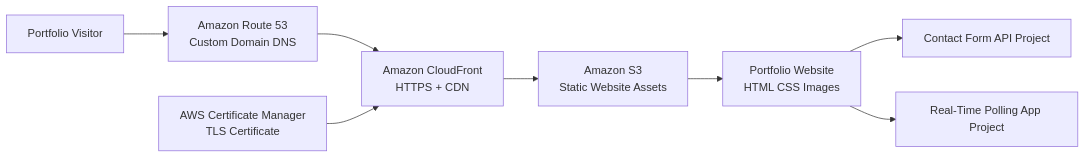
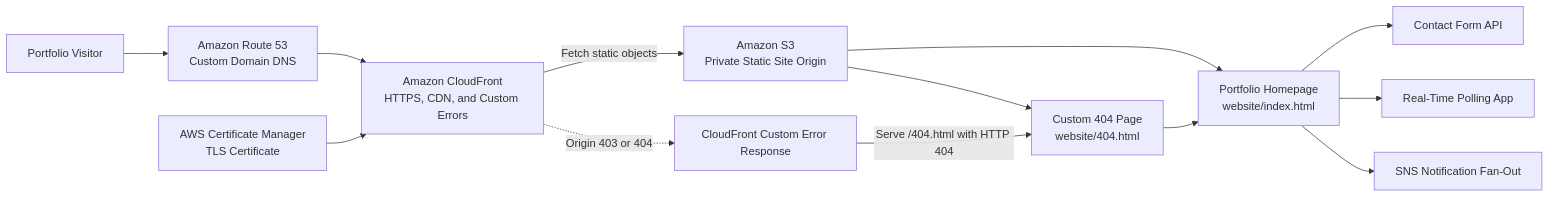
Before and after one commit to CelebornMcGinnis/AWS-Certified-Solutions-Architect-Associate-Project-Portfolio: the diagram in docs/architecture/portfolio-site.mmd, drawn with Mermaid. The commit also changed 26 other files, not shown here.

First line of the commit message:
Update portfolio site and add SNS fan-out project

```diff
--- a/docs/architecture/portfolio-site.mmd
+++ b/docs/architecture/portfolio-site.mmd
@@ -1,17 +1,24 @@
 flowchart LR
-    User[Portfolio Visitor]
+    Visitor[Portfolio Visitor]
     Route53[Amazon Route 53\nCustom Domain DNS]
     ACM[AWS Certificate Manager\nTLS Certificate]
-    CloudFront[Amazon CloudFront\nHTTPS + CDN]
-    S3[Amazon S3\nStatic Website Assets]
-    Website[Portfolio Website\nHTML CSS Images]
-    Contact[Contact Form API Project]
-    Poll[Real-Time Polling App Project]
+    CloudFront[Amazon CloudFront\nHTTPS, CDN, and Custom Errors]
+    S3[Amazon S3\nPrivate Static Site Origin]
+    Home[Portfolio Homepage\nwebsite/index.html]
+    ErrorPage[Custom 404 Page\nwebsite/404.html]
+    Contact[Contact Form API]
+    Poll[Real-Time Polling App]
+    FanOut[SNS Notification Fan-Out]
 
-    User --> Route53
+    Visitor --> Route53
     Route53 --> CloudFront
     ACM --> CloudFront
-    CloudFront --> S3
-    S3 --> Website
-    Website --> Contact
-    Website --> Poll
+    CloudFront -->|Fetch static objects| S3
+    S3 --> Home
+    S3 --> ErrorPage
+    CloudFront -. Origin 403 or 404 .-> ErrorRule[CloudFront Custom Error Response]
+    ErrorRule -->|Serve /404.html with HTTP 404| ErrorPage
+    Home --> Contact
+    Home --> Poll
+    Home --> FanOut
+    ErrorPage --> Home
```
